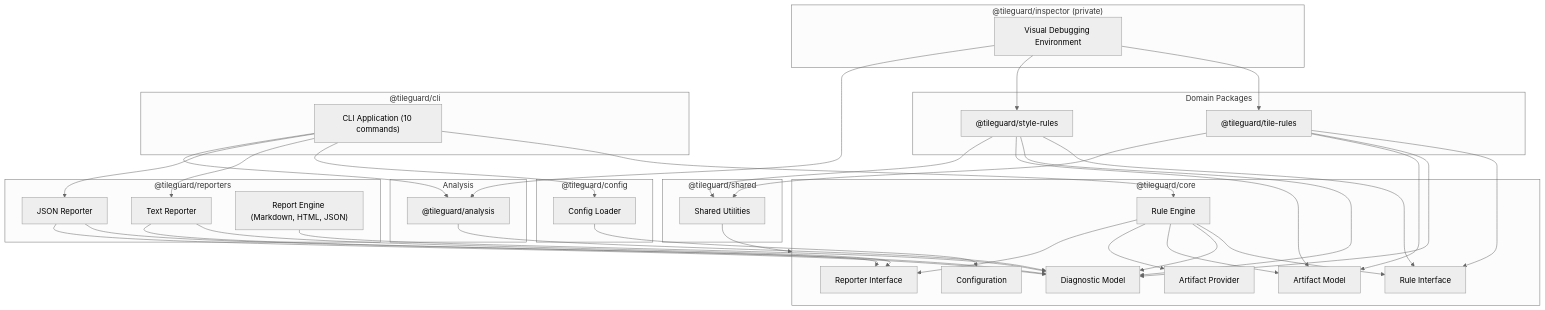
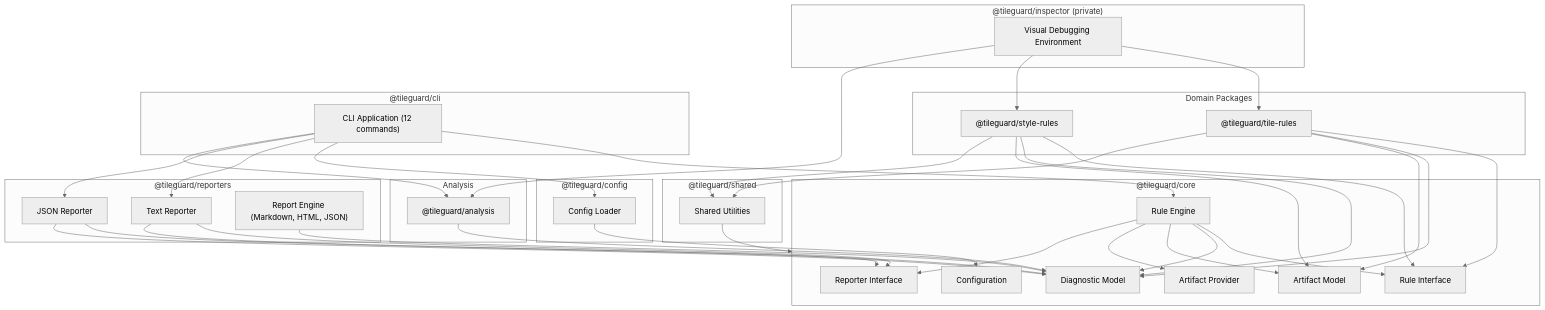
The first of 2 diagrams in docs/architecture/01-overview.md (shreeharshshinde/tileguard), drawn with Mermaid (neutral theme) before and after one commit. The commit also changed 8 other files, not shown here.

Commit message:
docs: update documentation and site config with new performance rules, CLI commands, and guides

````diff
--- a/docs/architecture/01-overview.md
+++ b/docs/architecture/01-overview.md
@@ -98,81 +98,81 @@
 ```mermaid
 graph TD
     subgraph Core["@tileguard/core"]
         Diagnostic["Diagnostic Model"]
         Artifact["Artifact Model"]
         Rule["Rule Interface"]
         Reporter["Reporter Interface"]
         Config["Configuration"]
         Engine["Rule Engine"]
         Provider["Artifact Provider"]
     end
 
     subgraph DomainPkgs["Domain Packages"]
         TileRules["@tileguard/tile-rules"]
         StyleRules["@tileguard/style-rules"]
     end
 
     subgraph AnalysisPkg["Analysis"]
         Analysis["@tileguard/analysis"]
     end
 
     subgraph ReportersPkg["@tileguard/reporters"]
         TextReporter["Text Reporter"]
         JsonReporter["JSON Reporter"]
         ReportEngine["Report Engine (Markdown, HTML, JSON)"]
     end
 
     subgraph ConfigPkg["@tileguard/config"]
         ConfigLoader["Config Loader"]
     end
 
     subgraph SharedPkg["@tileguard/shared"]
         Shared["Shared Utilities"]
     end
 
     subgraph CLI["@tileguard/cli"]
-        CLIApp["CLI Application (10 commands)"]
+        CLIApp["CLI Application (12 commands)"]
     end
 
     subgraph InspectorPkg["@tileguard/inspector (private)"]
         Inspector["Visual Debugging Environment"]
     end
 
     CLIApp --> Engine
     CLIApp --> ConfigLoader
     CLIApp --> TextReporter
     CLIApp --> JsonReporter
     CLIApp --> Analysis
 
     TileRules --> Rule
     TileRules --> Diagnostic
     TileRules --> Artifact
     TileRules --> Shared
 
     StyleRules --> Rule
     StyleRules --> Diagnostic
     StyleRules --> Artifact
     StyleRules --> Shared
 
     Analysis --> Diagnostic
 
     TextReporter --> Reporter
     TextReporter --> Diagnostic
     JsonReporter --> Reporter
     JsonReporter --> Diagnostic
     ReportEngine --> Diagnostic
 
     ConfigLoader --> Config
 
     Shared --> Core
 
     Inspector --> TileRules
     Inspector --> StyleRules
     Inspector --> Analysis
 
     Engine --> Rule
     Engine --> Diagnostic
     Engine --> Artifact
     Engine --> Provider
     Engine --> Reporter
 ```
````
